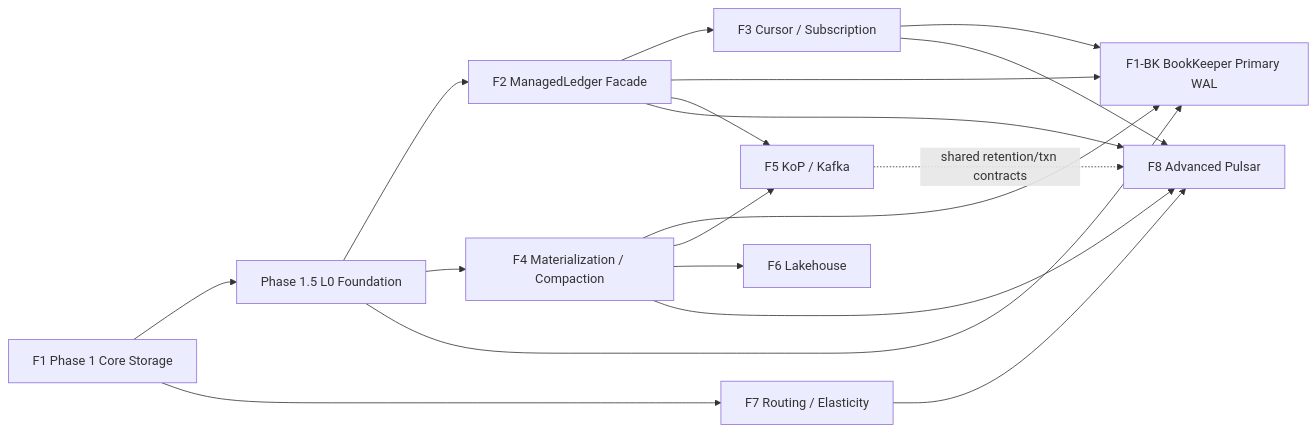
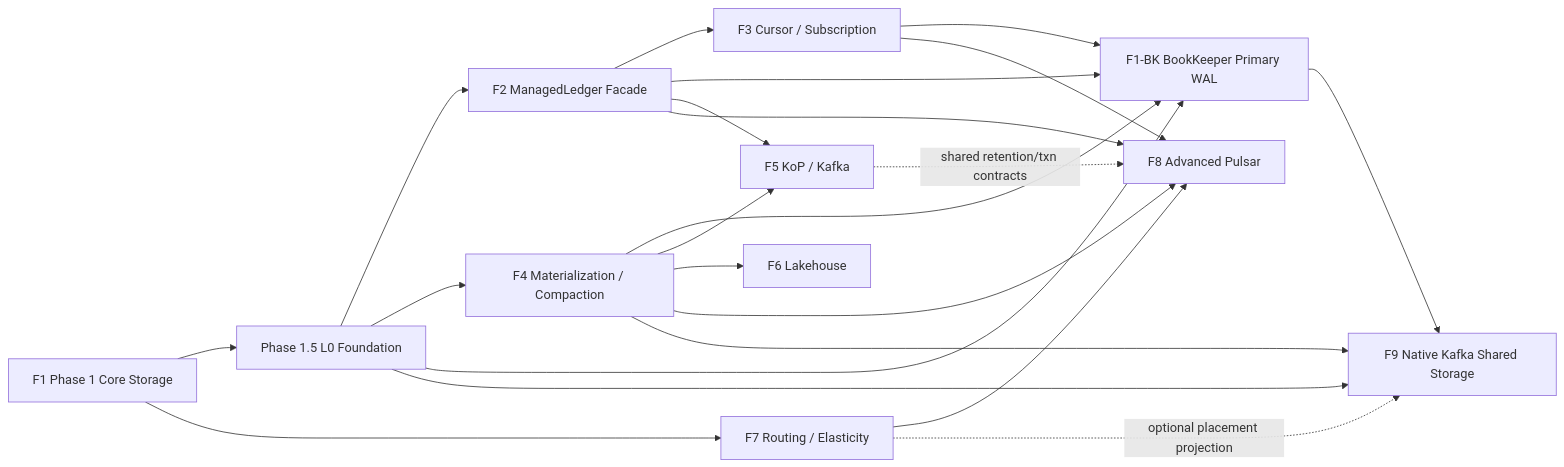
One commit to nereusstream/nereus changed the diagram in docs/design/nereus-futures.md. Above: the diagram before and after it, drawn with Mermaid. The commit also changed other lines of this file and 5 other files, not shown here.

Commit message:
docs: add F9 native Kafka storage design track

````diff
--- a/docs/design/nereus-futures.md
+++ b/docs/design/nereus-futures.md
@@ -50,20 +51,24 @@
 ```mermaid
 flowchart LR
     F1["F1 Phase 1 Core Storage"] --> P15["Phase 1.5 L0 Foundation"]
     P15 --> F2["F2 ManagedLedger Facade"]
     P15 --> F4["F4 Materialization / Compaction"]
     F1 --> F7["F7 Routing / Elasticity"]
     F2 --> F3["F3 Cursor / Subscription"]
     P15 --> FBK["F1-BK BookKeeper Primary WAL"]
     F2 --> FBK
     F3 --> FBK
     F4 --> FBK
     F2 --> F5["F5 KoP / Kafka"]
     F4 --> F5
     F4 --> F6["F6 Lakehouse"]
     F2 --> F8["F8 Advanced Pulsar"]
     F3 --> F8
     F4 --> F8
     F7 --> F8
     F5 -. shared retention/txn contracts .-> F8
+    P15 --> F9["F9 Native Kafka Shared Storage"]
+    F4 --> F9
+    FBK --> F9
+    F7 -. optional placement projection .-> F9
 ```
````
